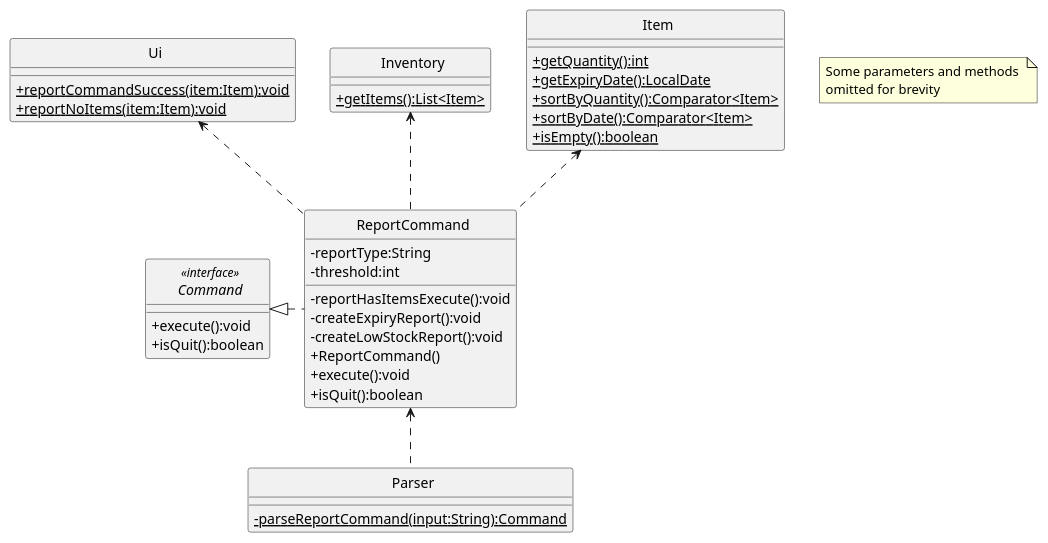
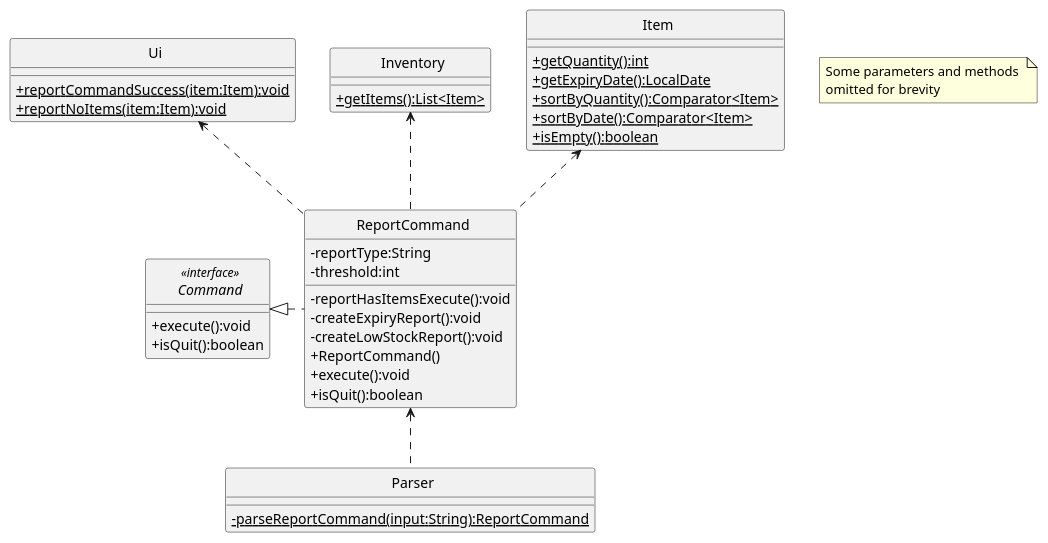
The first of 2 diagrams in docs/uml-diagrams/ReportCommand.puml (rismm/tp), drawn with PlantUML before and after one commit. The commit also changed 21 other files, not shown here.

```diff
--- a/docs/uml-diagrams/ReportCommand.puml
+++ b/docs/uml-diagrams/ReportCommand.puml
@@ -1,58 +1,58 @@
 @startuml
 'https://plantuml.com/class-diagram
 skinparam classAttributeIconSize 0
 skinparam CircledCharacterFontSize 0
 skinparam CircledCharacterRadius 0
 
 interface Command
 class Ui
 class Inventory
 class Item
 class ReportCommand
 class Parser
 
 ReportCommand <.. Parser
 Command <|. ReportCommand
 Ui <.. ReportCommand
 Inventory <.. ReportCommand
 Item <.. ReportCommand
 
 interface Command <<interface>> {
     +execute():void
     +isQuit():boolean
 }
 
 class ReportCommand {
     -reportType:String
     -threshold:int
     -reportHasItemsExecute():void
     -createExpiryReport():void
     -createLowStockReport():void
     +ReportCommand()
     +execute():void
     +isQuit():boolean
 }
 
 class Item {
     {static}+getQuantity():int
     {static}+getExpiryDate():LocalDate
     {static}+sortByQuantity():Comparator<Item>
     {static}+sortByDate():Comparator<Item>
     {static}+isEmpty():boolean
 }
 
 class Parser {
-    {static}-parseReportCommand(input:String):Command
+    {static}-parseReportCommand(input:String):ReportCommand
 }
 
 class Inventory {
     {static}+getItems():List<Item>
 }
 
 class Ui {
     {static}+reportCommandSuccess(item:Item):void
     {static}+reportNoItems(item:Item):void
 }
 
 note "Some parameters and methods \nomitted for brevity" as n1
 @enduml
```
